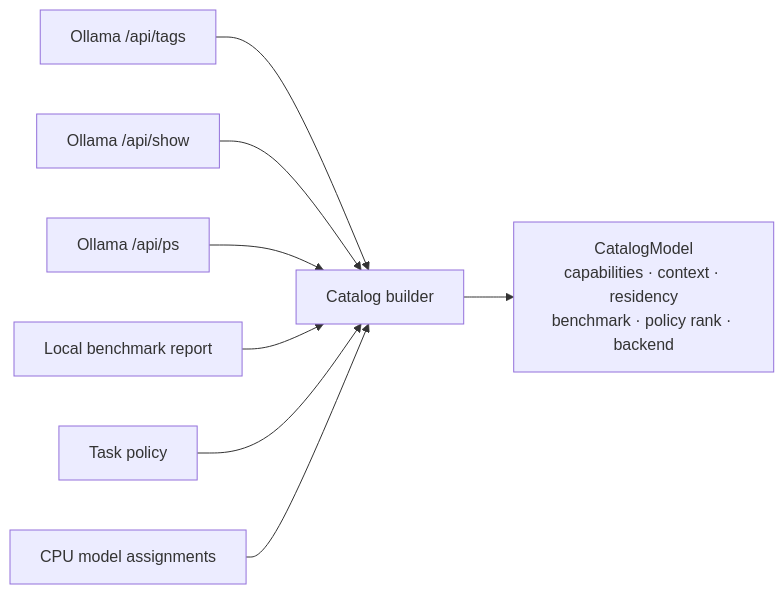
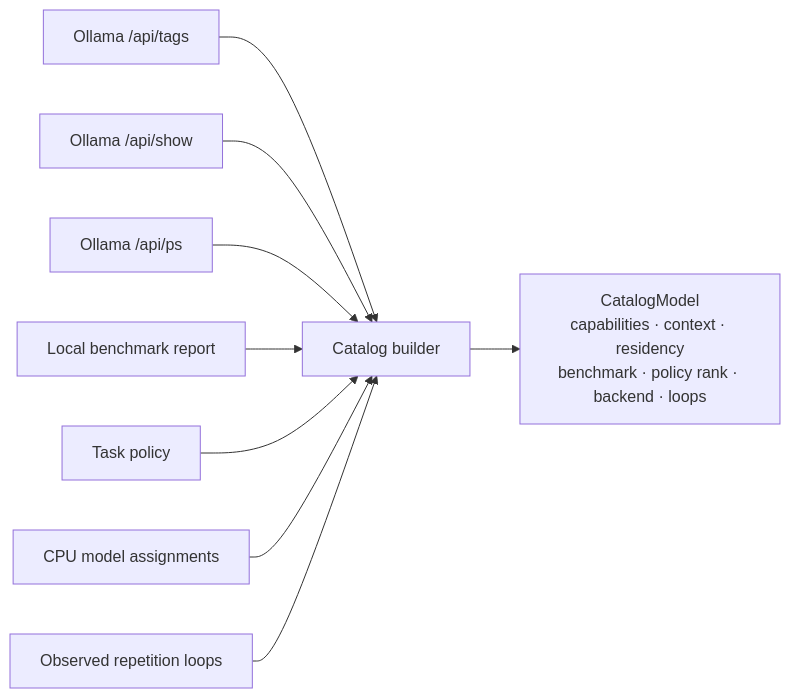
Before and after one commit to bgauryy/FreeLlama: the fourth of 9 diagrams in docs/ARCHITECTURE.md, drawn with Mermaid. The commit also changed other lines of this file and 454 other files, not shown here.

First line of the commit message:
Update flow (#11)

````diff
--- a/docs/ARCHITECTURE.md
+++ b/docs/ARCHITECTURE.md
@@ -126,10 +191,11 @@
 ```mermaid
 flowchart LR
     TAGS["Ollama /api/tags"] --> CAT["Catalog builder"]
     SHOW["Ollama /api/show"] --> CAT
     PS["Ollama /api/ps"] --> CAT
     BENCH["Local benchmark report"] --> CAT
     POLICY["Task policy"] --> CAT
     ASSIGN["CPU model assignments"] --> CAT
-    CAT --> MODEL["CatalogModel<br/>capabilities · context · residency<br/>benchmark · policy rank · backend"]
+    LOOPS["Observed repetition loops"] --> CAT
+    CAT --> MODEL["CatalogModel<br/>capabilities · context · residency<br/>benchmark · policy rank · backend · loops"]
 ```
````
